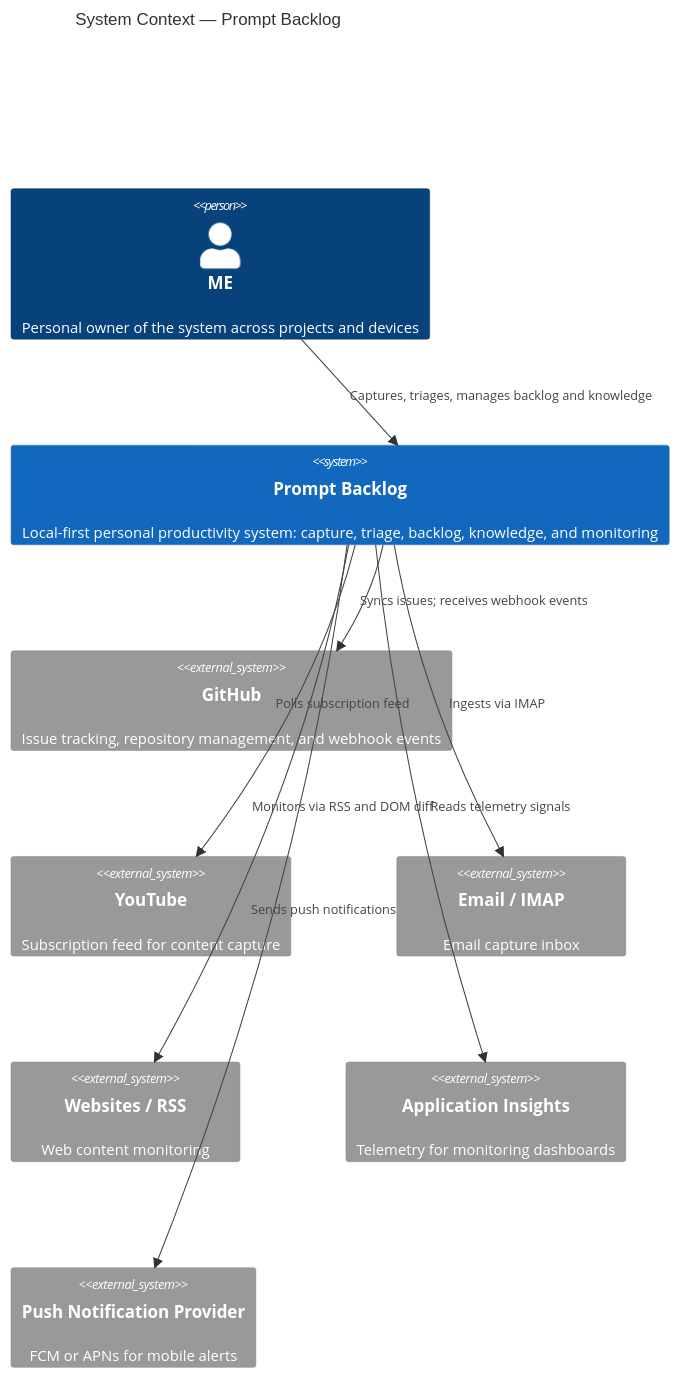
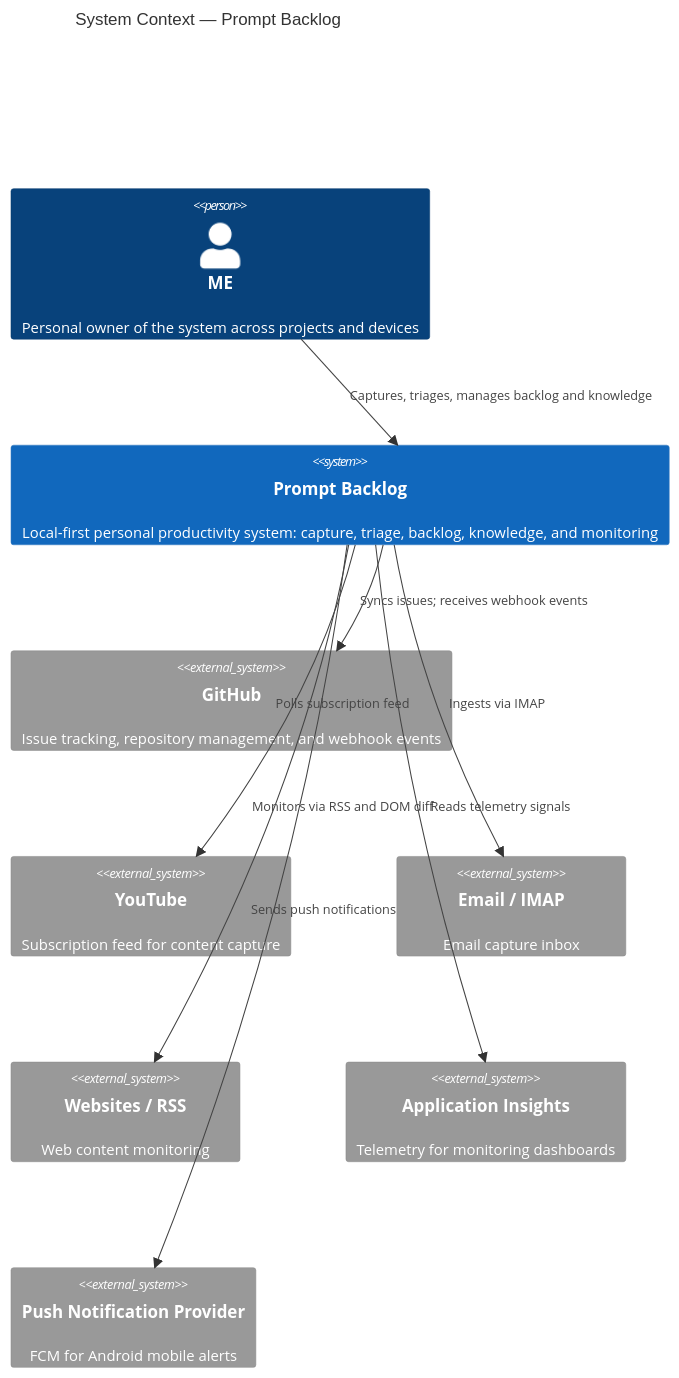
The diagram in .arc42/03-context-and-scope.md (JSdotNet/Backlog), drawn with Mermaid before and after one commit. The commit also changed other lines of this file and 3 other files, not shown here.

````diff
--- a/.arc42/03-context-and-scope.md
+++ b/.arc42/03-context-and-scope.md
@@ -17,23 +17,23 @@
 ```mermaid
 C4Context
     title System Context — Prompt Backlog
 
     Person(user, "ME", "Personal owner of the system across projects and devices")
 
     System(promptBacklog, "Prompt Backlog", "Local-first personal productivity system: capture, triage, backlog, knowledge, and monitoring")
 
     System_Ext(github, "GitHub", "Issue tracking, repository management, and webhook events")
     System_Ext(youtube, "YouTube", "Subscription feed for content capture")
     System_Ext(email, "Email / IMAP", "Email capture inbox")
     System_Ext(websites, "Websites / RSS", "Web content monitoring")
     System_Ext(appInsights, "Application Insights", "Telemetry for monitoring dashboards")
-    System_Ext(pushProvider, "Push Notification Provider", "FCM or APNs for mobile alerts")
+    System_Ext(pushProvider, "Push Notification Provider", "FCM for Android mobile alerts")
 
     Rel(user, promptBacklog, "Captures, triages, manages backlog and knowledge")
     Rel(promptBacklog, github, "Syncs issues; receives webhook events")
     Rel(promptBacklog, youtube, "Polls subscription feed")
     Rel(promptBacklog, email, "Ingests via IMAP")
     Rel(promptBacklog, websites, "Monitors via RSS and DOM diff")
     Rel(promptBacklog, appInsights, "Reads telemetry signals")
     Rel(promptBacklog, pushProvider, "Sends push notifications")
 ```
````
